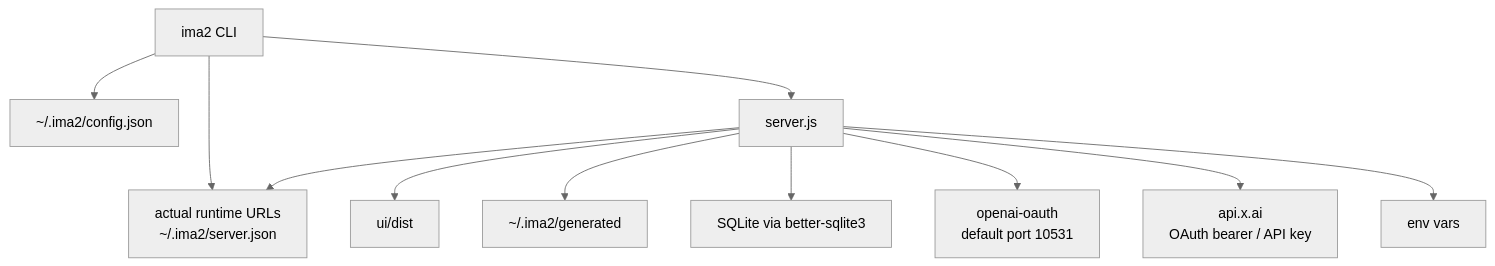
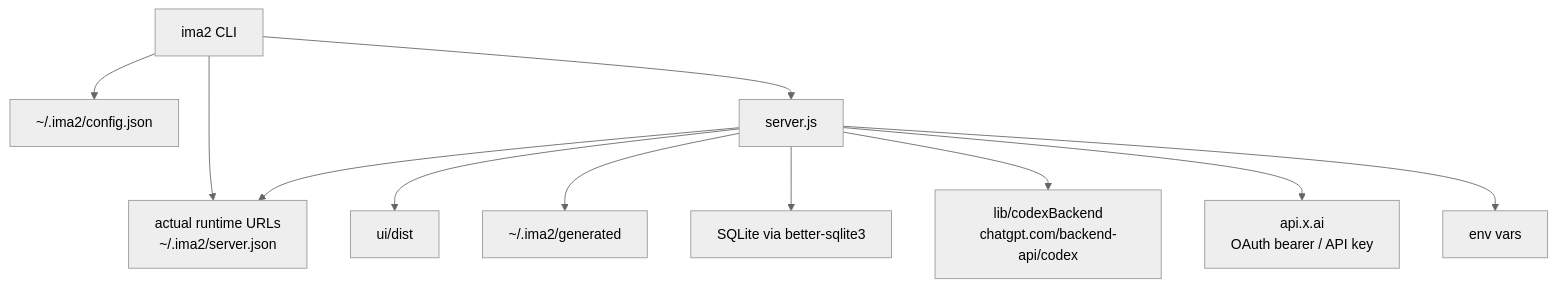
One commit to lidge-ai/ima2-gen changed the diagram in structure/06-infra-operations.md. Above: the diagram before and after it, drawn with Mermaid (neutral theme). The commit also changed other lines of this file and 31 other files, not shown here.

````diff
--- a/structure/06-infra-operations.md
+++ b/structure/06-infra-operations.md
@@ -52,13 +52,13 @@
 ```mermaid
 graph TD
     CLI["ima2 CLI"] --> CFG["~/.ima2/config.json"]
     CLI --> ADV["~/.ima2/server.json"]
     CLI --> SRV["server.js"]
     SRV --> DIST["ui/dist"]
     SRV --> GEN["~/.ima2/generated"]
     SRV --> DB["SQLite via better-sqlite3"]
-    SRV --> OAUTH["openai-oauth<br/>default port 10531"]
+    SRV --> OAUTH["lib/codexBackend<br/>chatgpt.com/backend-api/codex"]
     SRV --> XAI["api.x.ai<br/>OAuth bearer / API key"]
     SRV --> ENV["env vars"]
     SRV --> ADV["actual runtime URLs<br/>~/.ima2/server.json"]
 ```
````
